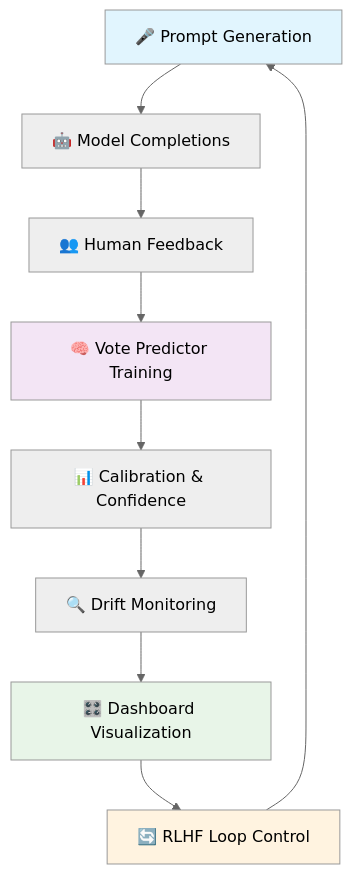
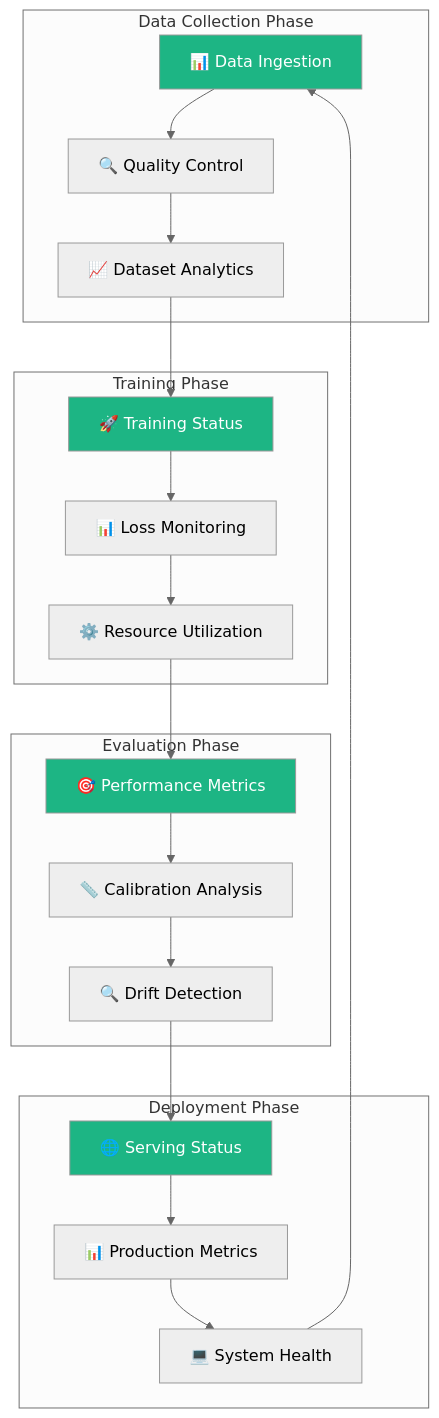
Before and after one commit to Yousifus/rlhf_loop_humain: the diagram in README.md, drawn with Mermaid (neutral theme). The commit also changed other lines of this file and 6 other files, not shown here.

````diff
--- a/README.md
+++ b/README.md
@@ -32,16 +31,32 @@
 ```mermaid
 graph TD
-    A[🎤 Prompt Generation] --> B[🤖 Model Completions]
-    B --> C[👥 Human Feedback]
-    C --> D[🧠 Vote Predictor Training]
-    D --> E[📊 Calibration & Confidence]
-    E --> F[🔍 Drift Monitoring]
-    F --> G[🎛️ Dashboard Visualization]
-    G --> H[🔄 RLHF Loop Control]
-    H --> A
+    subgraph "Data Collection Phase"
+        A[📊 Data Ingestion] --> B[🔍 Quality Control]
+        B --> C[📈 Dataset Analytics]
+    end
     
-    style A fill:#e1f5fe
-    style D fill:#f3e5f5
-    style G fill:#e8f5e8
-    style H fill:#fff3e0
+    subgraph "Training Phase"
+        D[🚀 Training Status] --> E[📊 Loss Monitoring]
+        E --> F[⚙️ Resource Utilization]
+    end
+    
+    subgraph "Evaluation Phase"
+        G[🎯 Performance Metrics] --> H[📏 Calibration Analysis]
+        H --> I[🔍 Drift Detection]
+    end
+    
+    subgraph "Deployment Phase"
+        J[🌐 Serving Status] --> K[📊 Production Metrics]
+        K --> L[💻 System Health]
+    end
+    
+    C --> D
+    F --> G
+    I --> J
+    L --> A
+    
+    style A fill:#1DB584,color:#fff
+    style D fill:#1DB584,color:#fff
+    style G fill:#1DB584,color:#fff
+    style J fill:#1DB584,color:#fff
 ```
````
